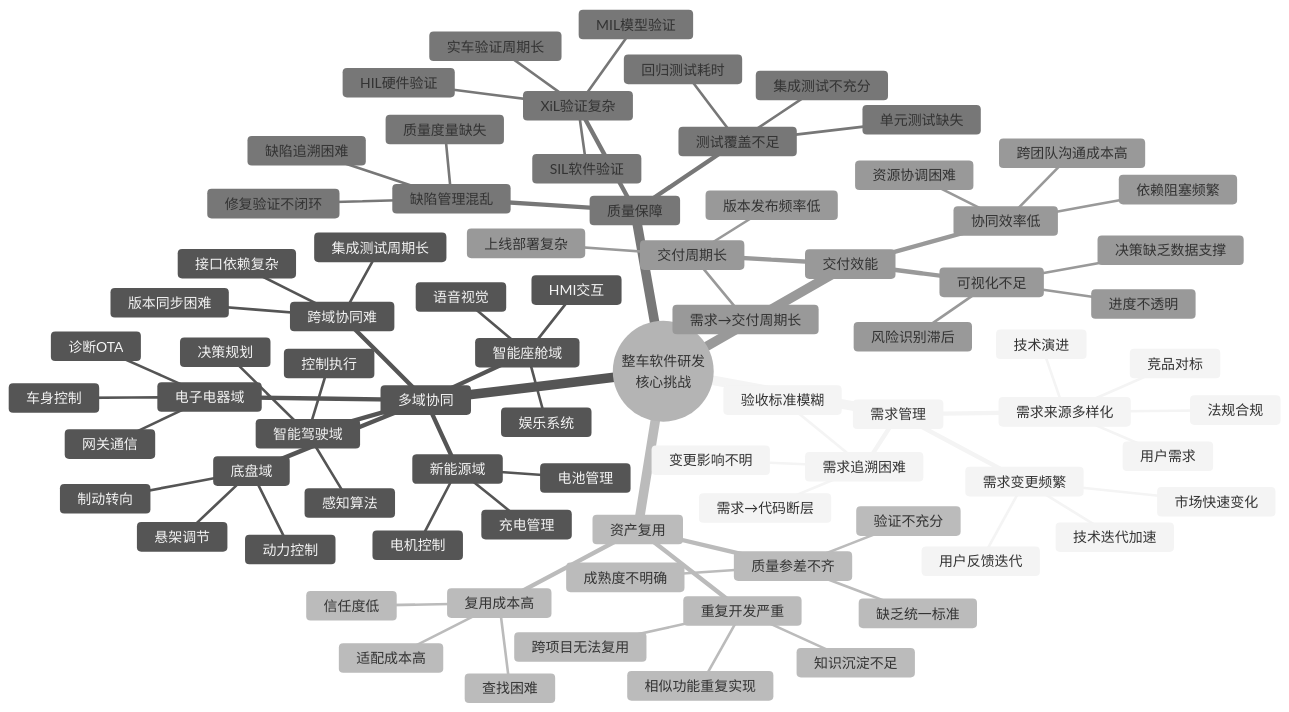
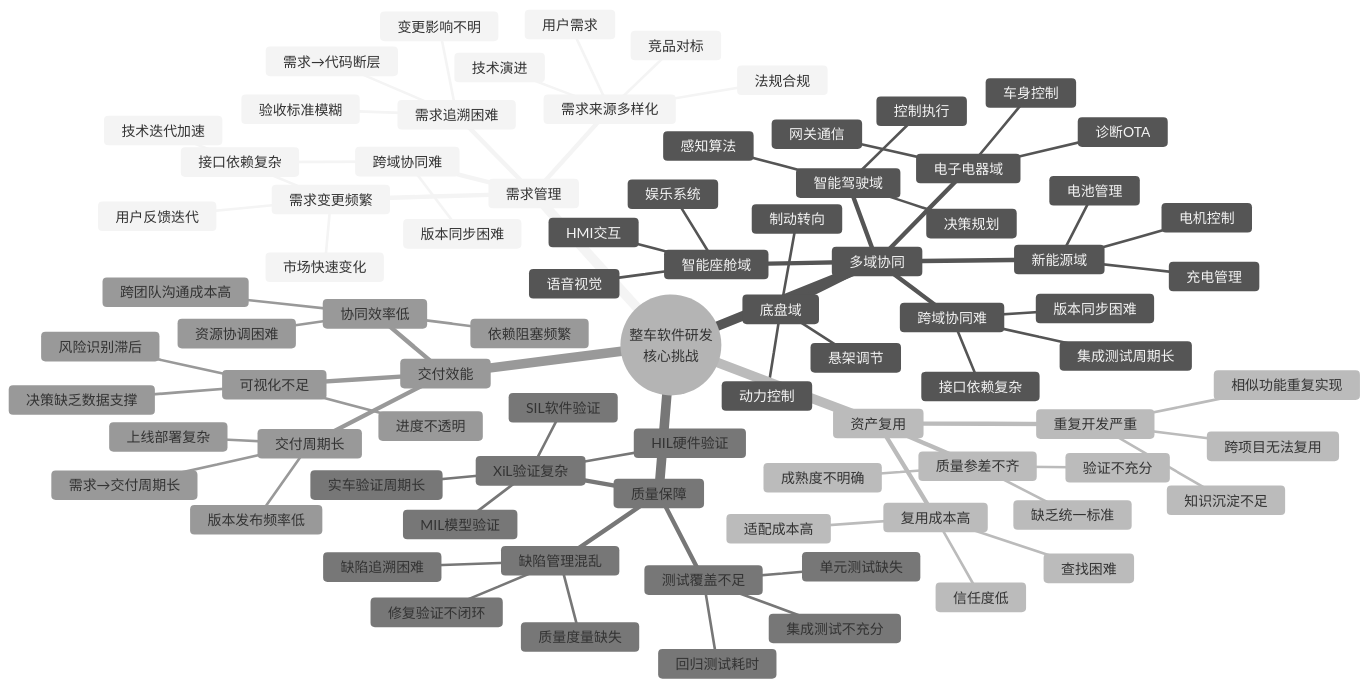
Before and after one commit to zjx-immersion/auto-rd-platform-prototype: the first of 30 diagrams in platform-design/AUTO_RD_PLATFORM_DESIGN_MERMAID.md, drawn with Mermaid (neutral theme). The commit also changed other lines of this file, not shown here.

```diff
--- a/platform-design/AUTO_RD_PLATFORM_DESIGN_MERMAID.md
+++ b/platform-design/AUTO_RD_PLATFORM_DESIGN_MERMAID.md
@@ -40,6 +44,9 @@
         需求→代码断层
         变更影响不明
         验收标准模糊
+      跨域协同难
+        接口依赖复杂
+        版本同步困难
     多域协同
       智能驾驶域
         感知算法
```
